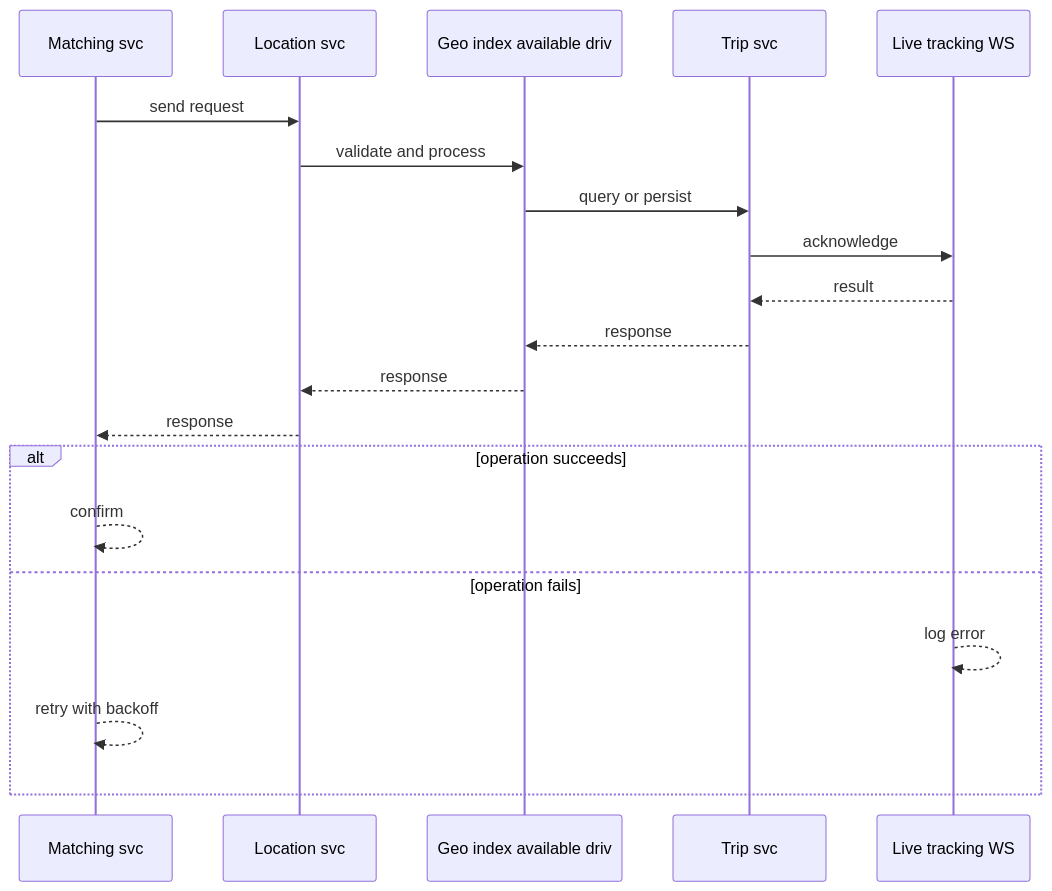
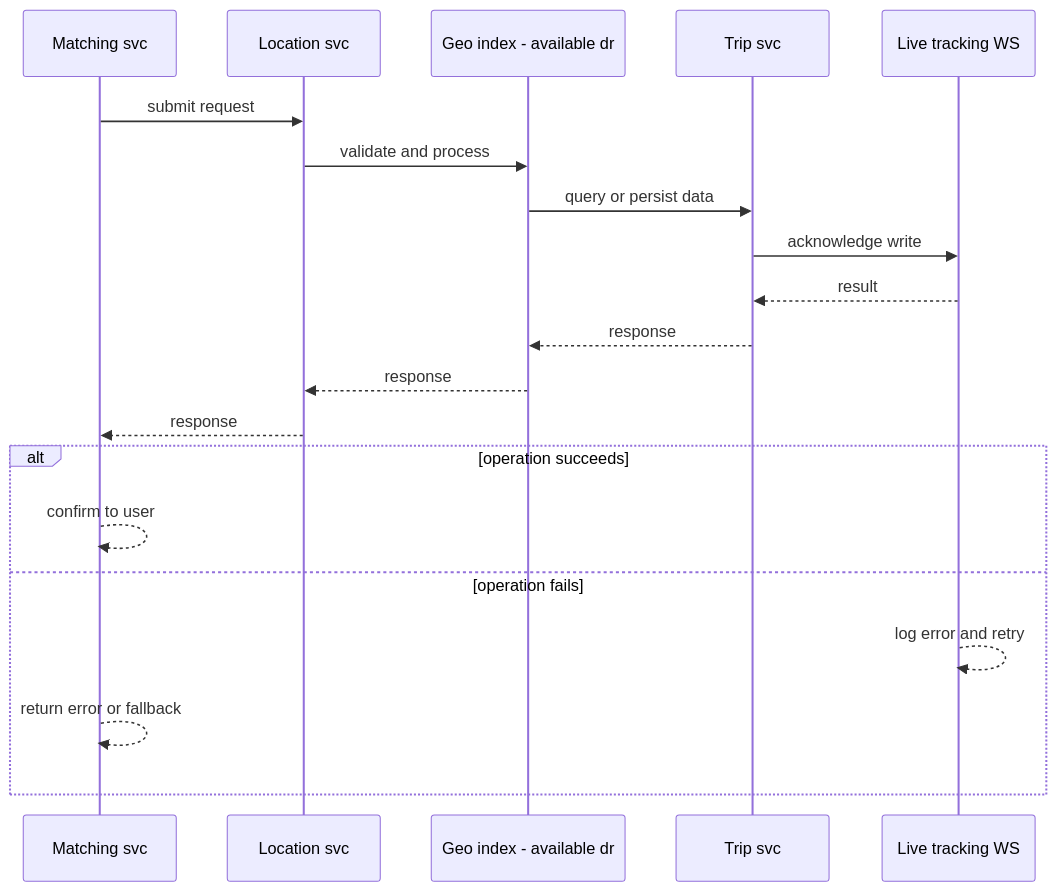
One commit to RIT-MESH/system-design-mastery changed the second of 4 diagrams in case-studies/advanced/ride-hailing.md. Above: the diagram before and after it, drawn with Mermaid. The commit also changed other lines of this file and 127 other files, not shown here.

First line of the commit message:
Improve all case study diagrams: case-specific sequences, fix truncated labels

````diff
--- a/case-studies/advanced/ride-hailing.md
+++ b/case-studies/advanced/ride-hailing.md
@@ -76,23 +76,23 @@
 ```mermaid
 %% created-for: system-design-mastery
 sequenceDiagram
-  participant C0 as Matching svc
-  participant C1 as Location svc
-  participant C2 as Geo index available driv
-  participant C3 as Trip svc
-  participant C4 as Live tracking WS
-  C0 ->> C1: send request
-  C1 ->> C2: validate and process
-  C2 ->> C3: query or persist
-  C3 ->> C4: acknowledge
-  C4 -->> C3: result
-  C3 -->> C2: response
-  C2 -->> C1: response
-  C1 -->> C0: response
+  participant P0 as Matching svc
+  participant P1 as Location svc
+  participant P2 as Geo index - available dr
+  participant P3 as Trip svc
+  participant P4 as Live tracking WS
+  P0 ->> P1: submit request
+  P1 ->> P2: validate and process
+  P2 ->> P3: query or persist data
+  P3 ->> P4: acknowledge write
+  P4 -->> P3: result
+  P3 -->> P2: response
+  P2 -->> P1: response
+  P1 -->> P0: response
   alt operation succeeds
-    C0 -->> C0: confirm
+    P0 -->> P0: confirm to user
   else operation fails
-    C4 -->> C4: log error
-    C0 -->> C0: retry with backoff
+    P4 -->> P4: log error and retry
+    P0 -->> P0: return error or fallback
   end
 ```
````
